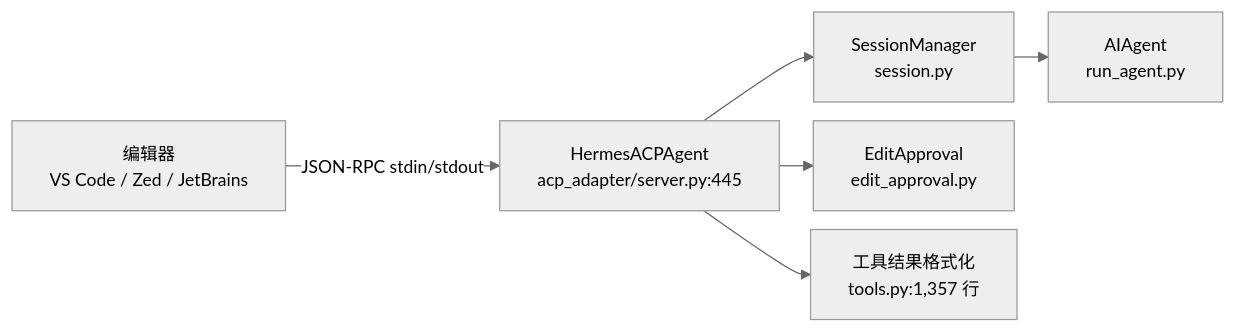
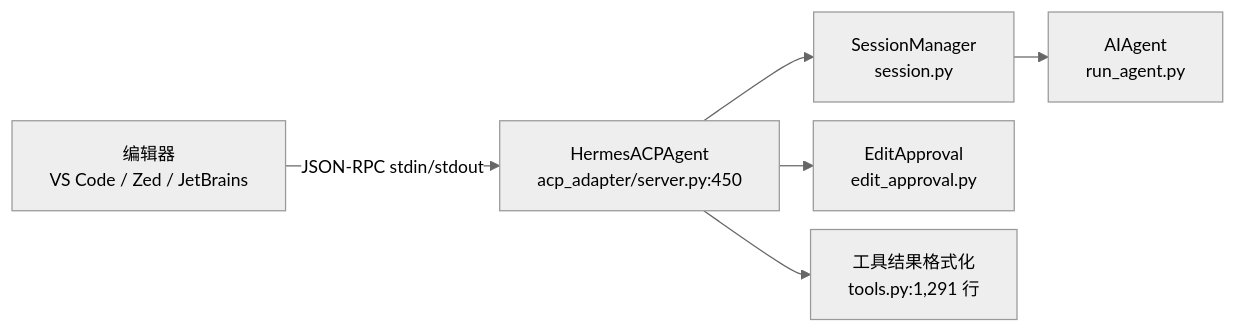
The first of 2 diagrams in docs/zh/06-协议适配层.md (fang-lin/hermes-agent-code-analysis), drawn with Mermaid before and after one commit. The commit also changed other lines of this file and 6 other files, not shown here.

````diff
--- a/docs/zh/06-协议适配层.md
+++ b/docs/zh/06-协议适配层.md
@@ -98,9 +98,9 @@
 ```mermaid
 %%{init: {"theme": "neutral", "themeVariables": {"fontSize": "14px"}, "flowchart": {"nodeSpacing": 15, "rankSpacing": 25}}}%%
 flowchart LR
-    IDE["编辑器<br/>VS Code / Zed / JetBrains"] -->|"JSON-RPC stdin/stdout"| ACP["HermesACPAgent<br/>acp_adapter/server.py:445"]
+    IDE["编辑器<br/>VS Code / Zed / JetBrains"] -->|"JSON-RPC stdin/stdout"| ACP["HermesACPAgent<br/>acp_adapter/server.py:450"]
     ACP --> SM["SessionManager<br/>session.py"]
     SM --> AGENT["AIAgent<br/>run_agent.py"]
     ACP --> EA["EditApproval<br/>edit_approval.py"]
-    ACP --> TOOLS["工具结果格式化<br/>tools.py:1,357 行"]
+    ACP --> TOOLS["工具结果格式化<br/>tools.py:1,291 行"]
 ```
````
